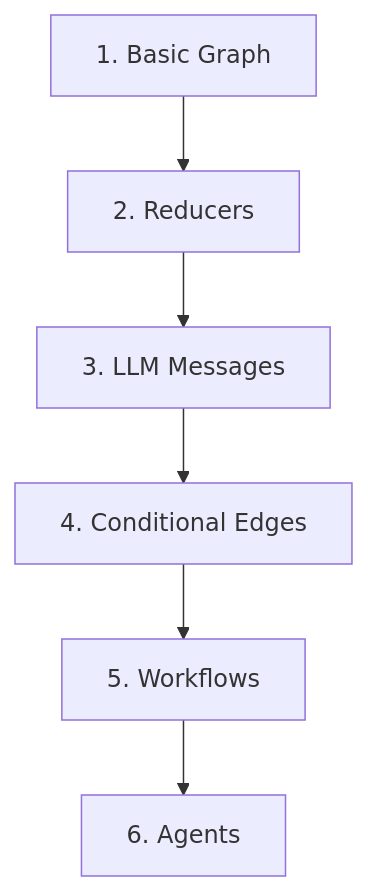
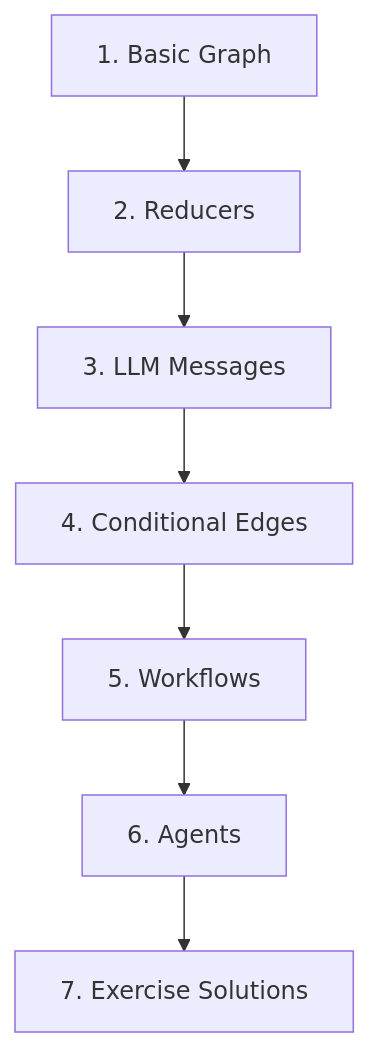
The second of 2 diagrams in README.md (Walid-Ahmed/langgraph-tutorials), drawn with Mermaid before and after one commit. The commit also changed other lines of this file and 29 other files, not shown here.

````diff
--- a/README.md
+++ b/README.md
@@ -36,8 +36,9 @@
 ```mermaid
 flowchart TD
     A["1. Basic Graph"] --> B["2. Reducers"]
     B --> C["3. LLM Messages"]
     C --> D["4. Conditional Edges"]
     D --> E["5. Workflows"]
     E --> F["6. Agents"]
+    F --> G["7. Exercise Solutions"]
 ```
````
